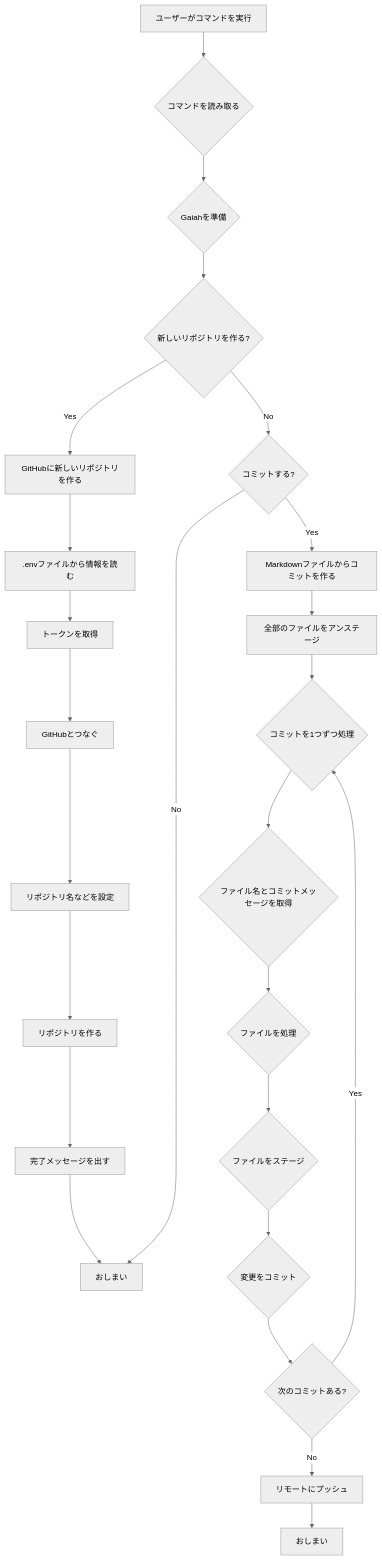
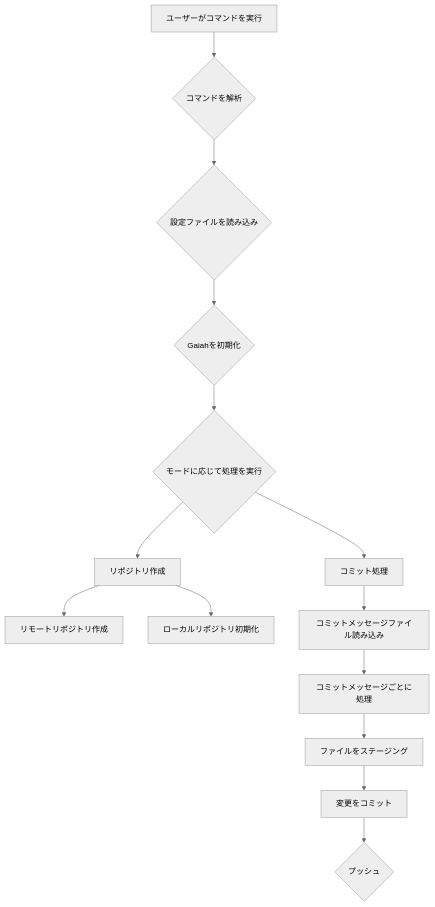
One commit to Sunwood-ai-labs/Gaiah changed the diagram in README.md. Above: the diagram before and after it, drawn with Mermaid (neutral theme). The commit also changed other lines of this file, not shown here.

````diff
--- a/README.md
+++ b/README.md
@@ -92,29 +135,16 @@
 ```mermaid
-
 graph TD
-   A[ユーザーがコマンドを実行] --> B{コマンドを読み取る}
-   B --> C{Gaiahを準備}
-   C --> D{新しいリポジトリを作る?}
-   D -->|Yes| E[GitHubに新しいリポジトリを作る]
-   E --> E1[.envファイルから情報を読む]
-   E1 --> E2[トークンを取得]
-   E2 --> E3[GitHubとつなぐ]
-   E3 --> E4[リポジトリ名などを設定]
-   E4 --> E5[リポジトリを作る]
-   E5 --> E6[完了メッセージを出す]
-   E6 --> Q[おしまい]
-   D -->|No| F{コミットする?}
-   F -->|Yes| G[Markdownファイルからコミットを作る]
-   G --> H[全部のファイルをアンステージ]
-   H --> I{コミットを1つずつ処理}
-   I --> J{ファイル名とコミットメッセージを取得}
-   J --> K{ファイルを処理}
-   K --> L{ファイルをステージ}
-   L --> M{変更をコミット}
-   M --> N{次のコミットある?}
-   N -->|Yes| I
-   N -->|No| O[リモートにプッシュ]
-   O --> P[おしまい]
-   F -->|No| Q[おしまい]
-
+    A[ユーザーがコマンドを実行] --> B{コマンドを解析}
+    B --> C{設定ファイルを読み込み}
+    C --> D{Gaiahを初期化}
+    D --> E{モードに応じて処理を実行}
+    E --> F[リポジトリ作成]
+    E --> G[コミット処理]
+    F --> H[リモートリポジトリ作成]
+    F --> I[ローカルリポジトリ初期化]
+    G --> J[コミットメッセージファイル読み込み]
+    J --> K[コミットメッセージごとに処理]
+    K --> L[ファイルをステージング]
+    L --> M[変更をコミット]
+    M --> N{プッシュ}
 ```
````
